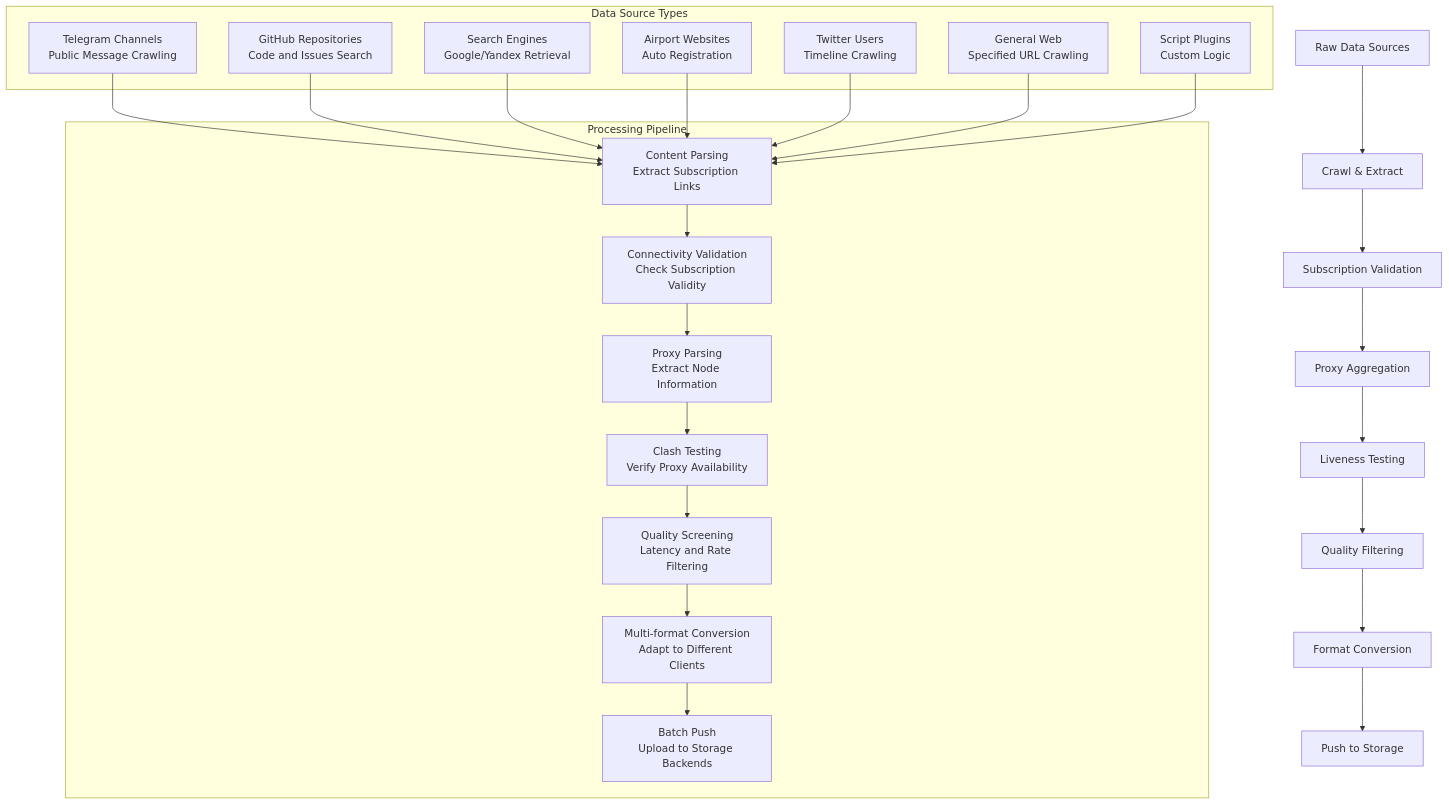
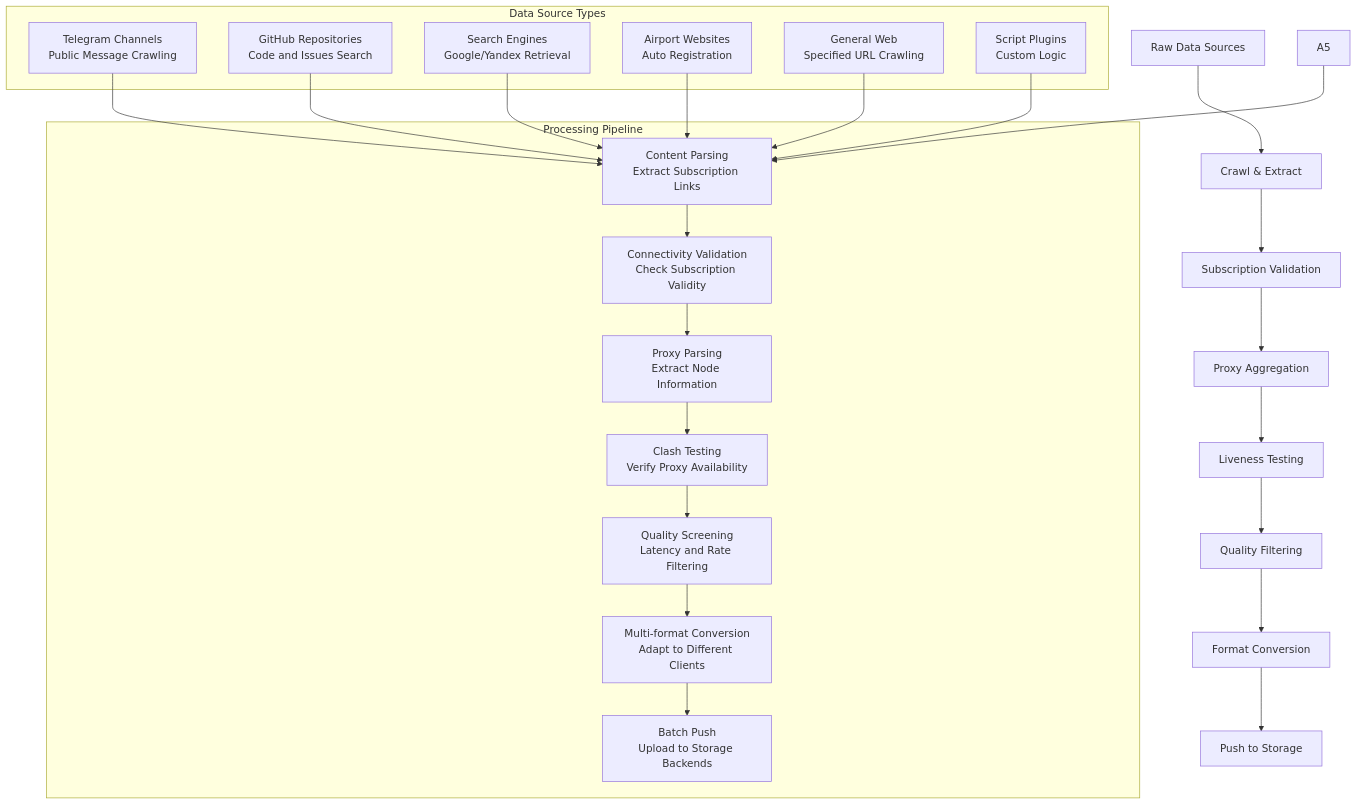
Before and after one commit to AstBt/aggregator-web: the second of 6 diagrams in README_EN.md, drawn with Mermaid. The commit also changed other lines of this file and 3 other files, not shown here.

````diff
--- a/README_EN.md
+++ b/README_EN.md
@@ -96,45 +191,87 @@
 ```mermaid
+
 flowchart TD
+
     A[Raw Data Sources] --> B[Crawl & Extract]
+
     B --> C[Subscription Validation]
+
     C --> D[Proxy Aggregation]
+
     D --> E[Liveness Testing]
+
     E --> F[Quality Filtering]
+
     F --> G[Format Conversion]
+
     G --> H[Push to Storage]
 
+
+
     subgraph Sources [Data Source Types]
+
         A1[Telegram Channels<br/>Public Message Crawling]
+
         A2[GitHub Repositories<br/>Code and Issues Search]
+
         A3[Search Engines<br/>Google/Yandex Retrieval]
+
         A4[Airport Websites<br/>Auto Registration]
-        A5[Twitter Users<br/>Timeline Crawling]
+
         A6[General Web<br/>Specified URL Crawling]
+
         A7[Script Plugins<br/>Custom Logic]
+
     end
 
+
+
     subgraph Processing [Processing Pipeline]
+
         B1[Content Parsing<br/>Extract Subscription Links]
+
         C1[Connectivity Validation<br/>Check Subscription Validity]
+
         D1[Proxy Parsing<br/>Extract Node Information]
+
         E1[Clash Testing<br/>Verify Proxy Availability]
+
         F1[Quality Screening<br/>Latency and Rate Filtering]
+
         G1[Multi-format Conversion<br/>Adapt to Different Clients]
+
         H1[Batch Push<br/>Upload to Storage Backends]
+
     end
 
+
+
     A1 --> B1
+
     A2 --> B1
+
     A3 --> B1
+
     A4 --> B1
+
     A5 --> B1
+
     A6 --> B1
+
     A7 --> B1
 
+
+
     B1 --> C1
+
     C1 --> D1
+
     D1 --> E1
+
     E1 --> F1
+
     F1 --> G1
+
     G1 --> H1
+
 ```
````
